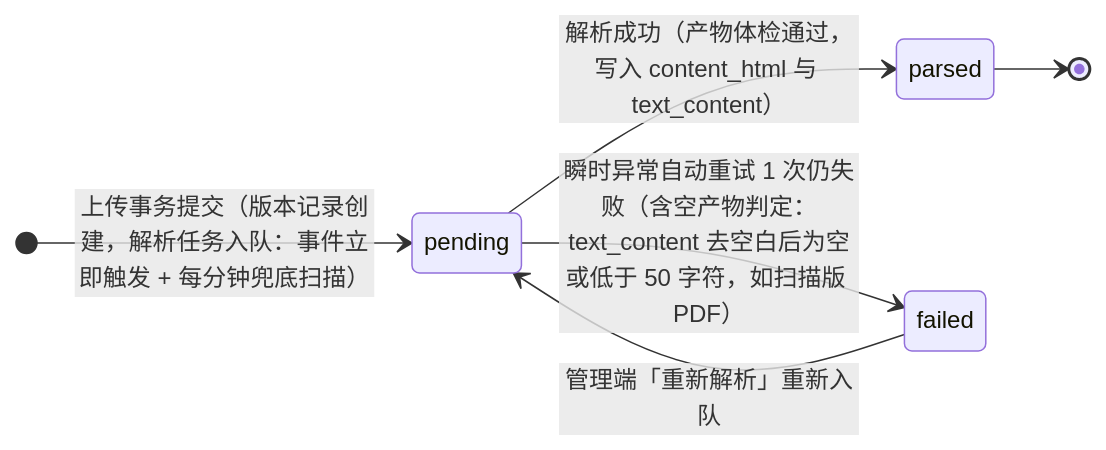
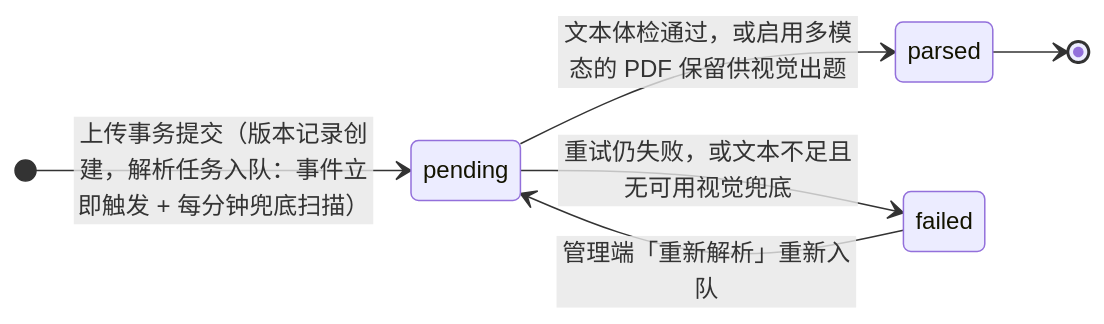
Diagram 12 of 16 in docs/design/06-关键流程.md (caoguanjie/emodor-exam), drawn with Mermaid before and after one commit. The commit also changed other lines of this file and 28 other files, not shown here.

````diff
--- a/docs/design/06-关键流程.md
+++ b/docs/design/06-关键流程.md
@@ -676,9 +680,9 @@
 ```mermaid
 stateDiagram-v2
     direction LR
     [*] --> pending : 上传事务提交（版本记录创建，解析任务入队：事件立即触发 + 每分钟兜底扫描）
-    pending --> parsed : 解析成功（产物体检通过，写入 content_html 与 text_content）
-    pending --> failed : 瞬时异常自动重试 1 次仍失败（含空产物判定：text_content 去空白后为空或低于 50 字符，如扫描版 PDF）
+    pending --> parsed : 文本体检通过，或启用多模态的 PDF 保留供视觉出题
+    pending --> failed : 重试仍失败，或文本不足且无可用视觉兜底
     failed --> pending : 管理端「重新解析」重新入队
     parsed --> [*]
 ```
````
